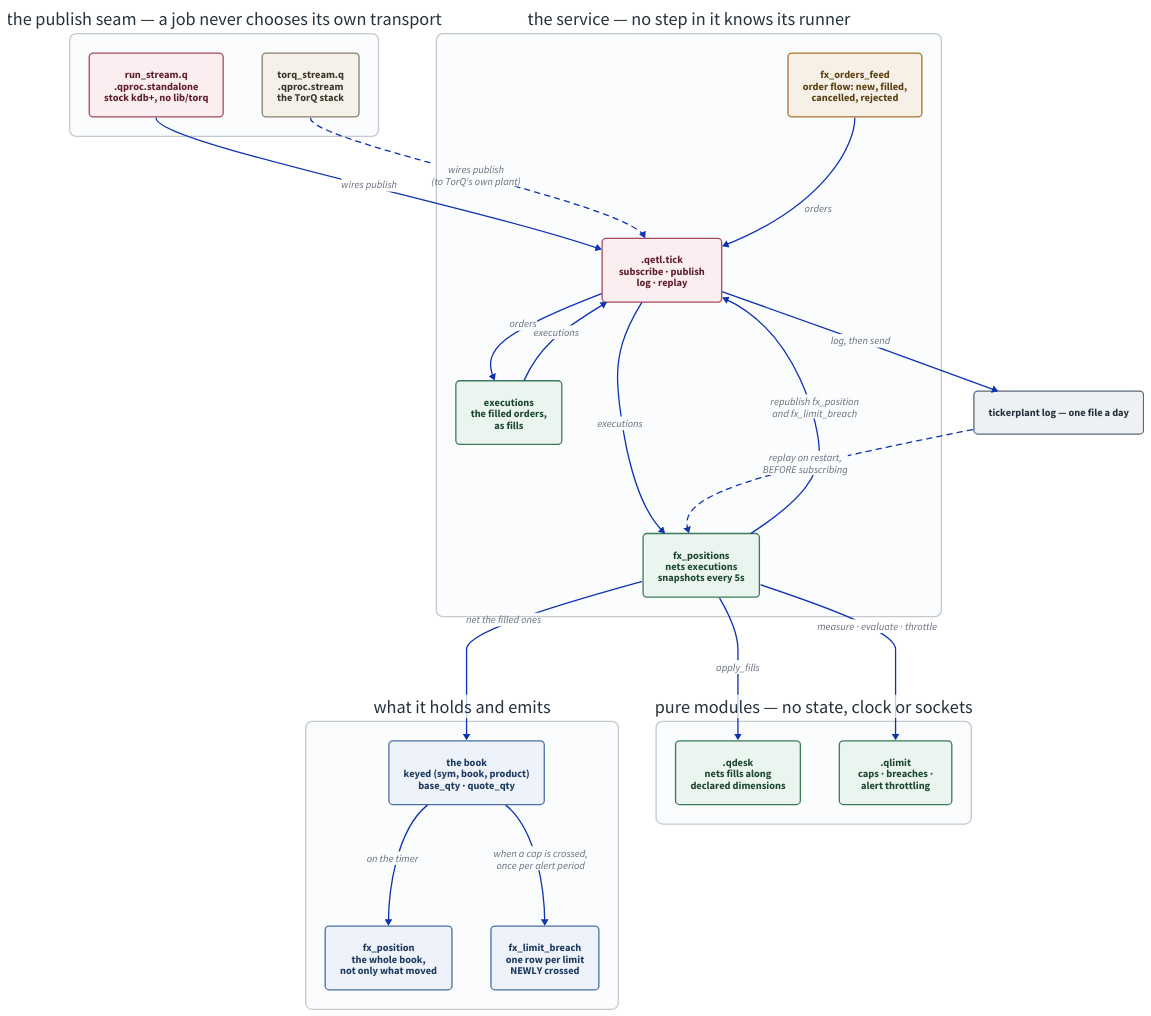
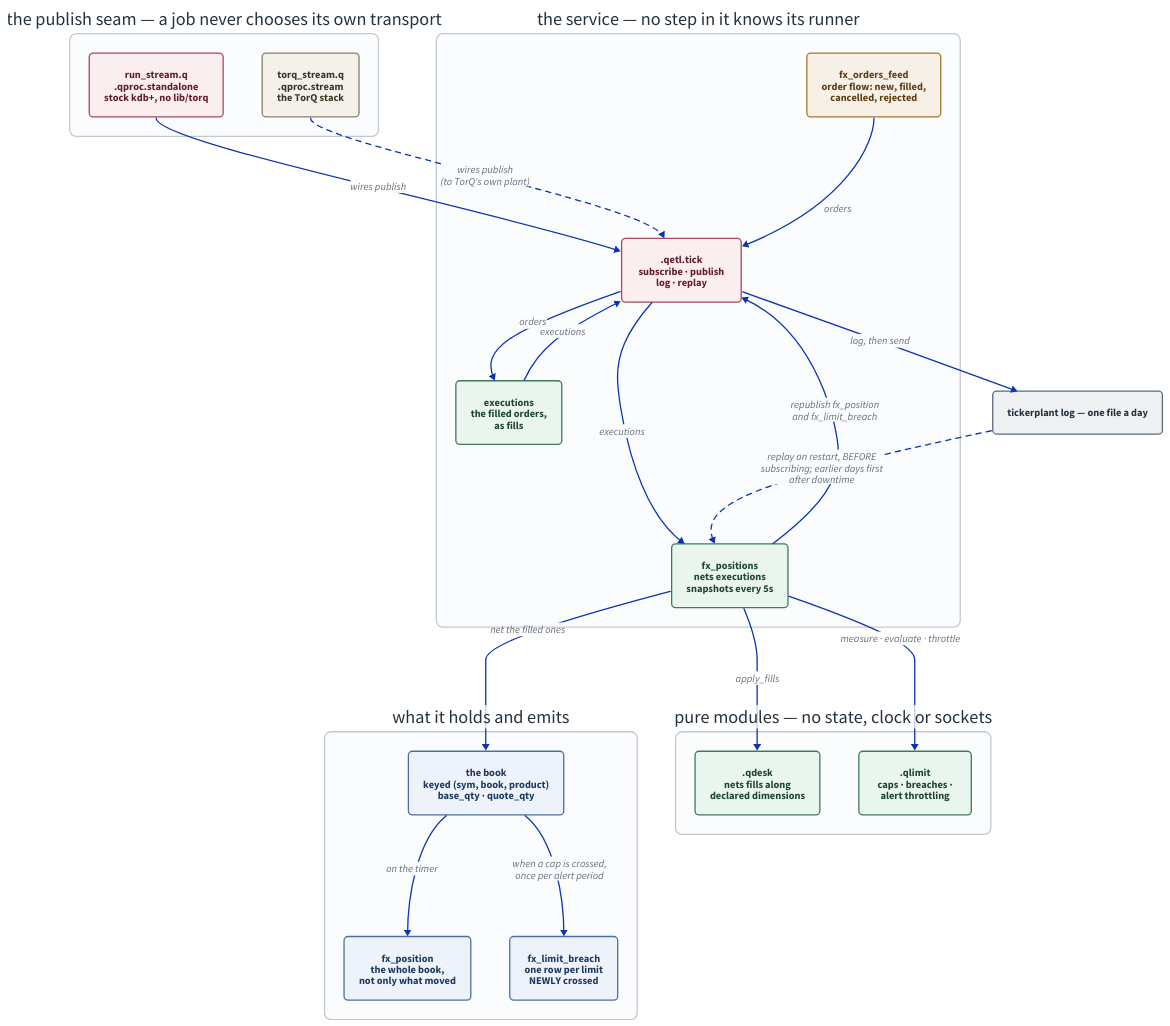
The diagram in docs/diagrams/fx-positions-service.d2 (kwojdalski/uqf), drawn with D2 before and after one commit. The commit also changed 20 other files, not shown here.

First line of the commit message:
Docs: bring the d2 diagrams up to date with the 2026-10-12/13 merges (#1257)

```diff
--- a/docs/diagrams/fx-positions-service.d2
+++ b/docs/diagrams/fx-positions-service.d2
@@ -1,152 +1,152 @@
 # fx-positions-service.d2 - the FX positions service on stock kdb+.
 #
 # Rendered by scripts/generate/render_diagrams.py, which CI runs with
 # --check. Embedded from docs/services/fx-positions.md.
 #
 # WHAT THIS DIAGRAM IS FOR. The thing worth seeing is the SEAM, not the
 # boxes: every job in this tree calls `publish` in its own namespace, and
 # something else decides what that means. Until run_stream.q the only
 # thing that ever decided was TorQ, so "the jobs are TorQ-free" was a
 # claim about the source tree rather than about running one. The two
 # runners are drawn side by side against the same seam because that is
 # the whole argument - the job files below the seam are identical on both
 # paths, and nothing in them knows which runner started them.
 #
 # The dashed edge back from the log to the service is deliberately not
 # the same kind of arrow as the live ones: it is traversed once, at
 # startup, BEFORE the subscription exists. Drawing it as just another
 # input would hide the ordering the recovery depends on.
 
 #
 # NO grid-columns ON THE BANDS. dagre lays a grid container out as one
 # opaque block, so edges into its cells do not rank anything: the first
 # version gridded every band, came out as a 3427x256 strip with all five
 # bands in one row, and drew every edge along the same horizontal line
 # through the boxes between. The republish edge starts at the service,
 # which is who calls publish (fx_positions.q on_timer), rather than at the
 # two tables - from there it was a back-edge cut through the state band.
 
 direction: down
 
 vars: {
   d2-config: {
     pad: 40
   }
 }
 
 # Same palette as repo-overview.d2 and stack-topology.d2, so the set reads
 # as one system: light fills with dark text in both themes rather than a
 # --dark-theme pairing, which d2 still applies explicit styles over
 # (d2lang/d2#831).
 classes: {
   feed: {
     style: {
       fill: "#f6f0e6"
       stroke: "#a8762f"
       font-color: "#5c3f13"
       border-radius: 6
     }
   }
   job: {
     style: {
       fill: "#eaf5ef"
       stroke: "#3d7a5a"
       font-color: "#1d4733"
       border-radius: 6
     }
   }
   plant: {
     style: {
       fill: "#fbeef0"
       stroke: "#a54a5c"
       font-color: "#5f1f2c"
       border-radius: 6
     }
   }
   table: {
     style: {
       fill: "#eef3fb"
       stroke: "#4a6fa5"
       font-color: "#1e3a5f"
       border-radius: 6
     }
   }
   store: {
     style: {
       fill: "#eef1f4"
       stroke: "#5a6a78"
       font-color: "#25323d"
       border-radius: 6
     }
   }
   lib: {
     style: {
       fill: "#f4f1ea"
       stroke: "#8a7f6a"
       font-color: "#3d3527"
       border-radius: 6
     }
   }
   band: {
     style: {
       fill: "#fbfcfd"
       stroke: "#c3c9cf"
       font-color: "#25323d"
       stroke-width: 2
       border-radius: 10
     }
   }
 }
 
 runners: "the publish seam — a job never chooses its own transport" {
   class: band
 
   standalone: "run_stream.q\n.qproc.standalone\nstock kdb+, no lib/torq" { class: plant }
   torq: "torq_stream.q\n.qproc.stream\nthe TorQ stack" { class: lib }
 }
 
 pipeline: "the service — no step in it knows its runner" {
   class: band
 
   feed: "fx_orders_feed\norder flow: new, filled,\ncancelled, rejected" { class: feed }
   plant: ".qetl.tick\nsubscribe · publish\nlog · replay" { class: plant }
   norm: "executions\nthe filled orders,\nas fills" { class: job }
   service: "fx_positions\nnets executions\nsnapshots every 5s" { class: job }
 }
 
 state: "what it holds and emits" {
   class: band
 
   book: "the book\nkeyed (sym, book, product)\nbase_qty · quote_qty" { class: table }
   snapshot: "fx_position\nthe whole book,\nnot only what moved" { class: table }
   breach: "fx_limit_breach\none row per limit\nNEWLY crossed" { class: table }
 }
 
 log: "tickerplant log — one file a day" { class: store }
 
 modules: "pure modules — no state, clock or sockets" {
   class: band
 
   desk: ".qdesk\nnets fills along\ndeclared dimensions" { class: job }
   limit: ".qlimit\ncaps · breaches ·\nalert throttling" { class: job }
 }
 
 runners.standalone -> pipeline.plant: "wires publish"
 runners.torq -> pipeline.plant: "wires publish\n(to TorQ's own plant)" { style.stroke-dash: 4 }
 
 pipeline.feed -> pipeline.plant: "orders"
 pipeline.plant -> pipeline.norm: "orders"
 pipeline.norm -> pipeline.plant: "executions"
 pipeline.plant -> pipeline.service: "executions"
 pipeline.plant -> log: "log, then send"
 
-log -> pipeline.service: "replay on restart,\nBEFORE subscribing" { style.stroke-dash: 4 }
+log -> pipeline.service: "replay on restart, BEFORE\nsubscribing; earlier days first\nafter downtime" { style.stroke-dash: 4 }
 
 pipeline.service -> state.book: "net the filled ones"
 state.book -> state.snapshot: "on the timer"
 state.book -> state.breach: "when a cap is crossed,\nonce per alert period"
 
 pipeline.service -> pipeline.plant: "republish fx_position\nand fx_limit_breach"
 
 pipeline.service -> modules.desk: "apply_fills"
 pipeline.service -> modules.limit: "measure · evaluate · throttle"
```
